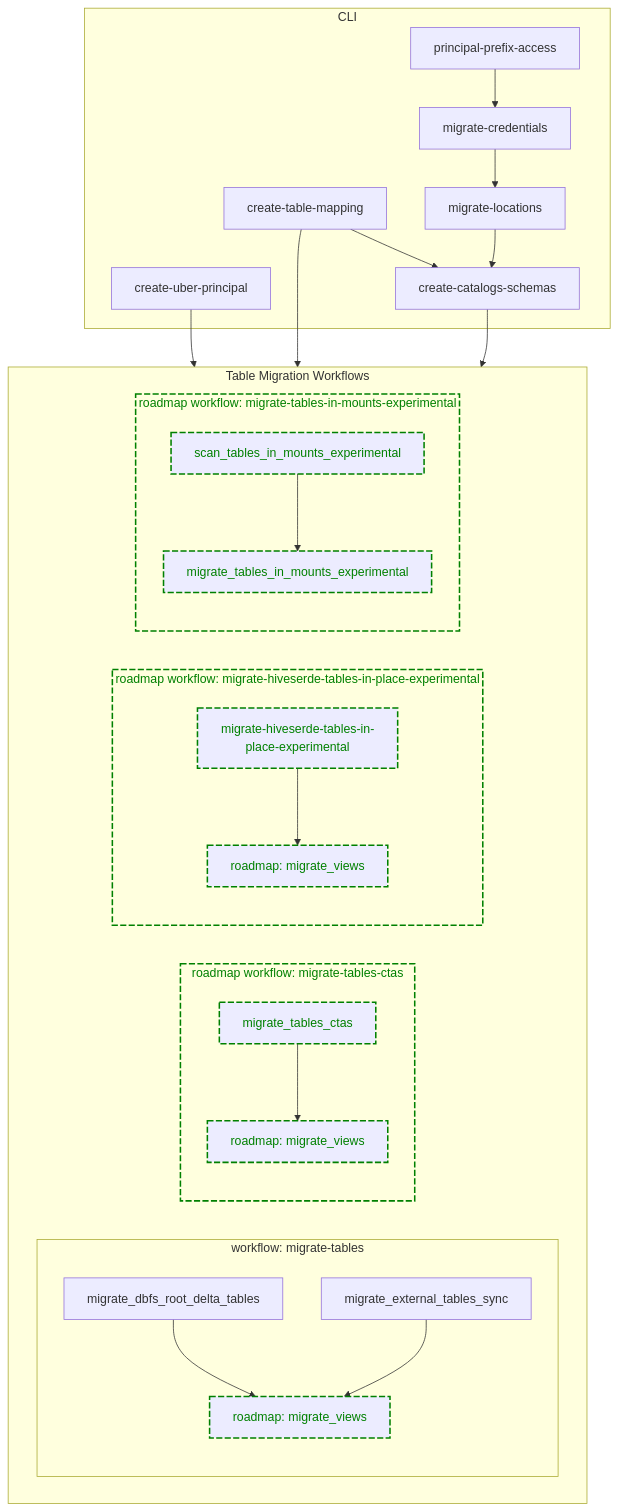
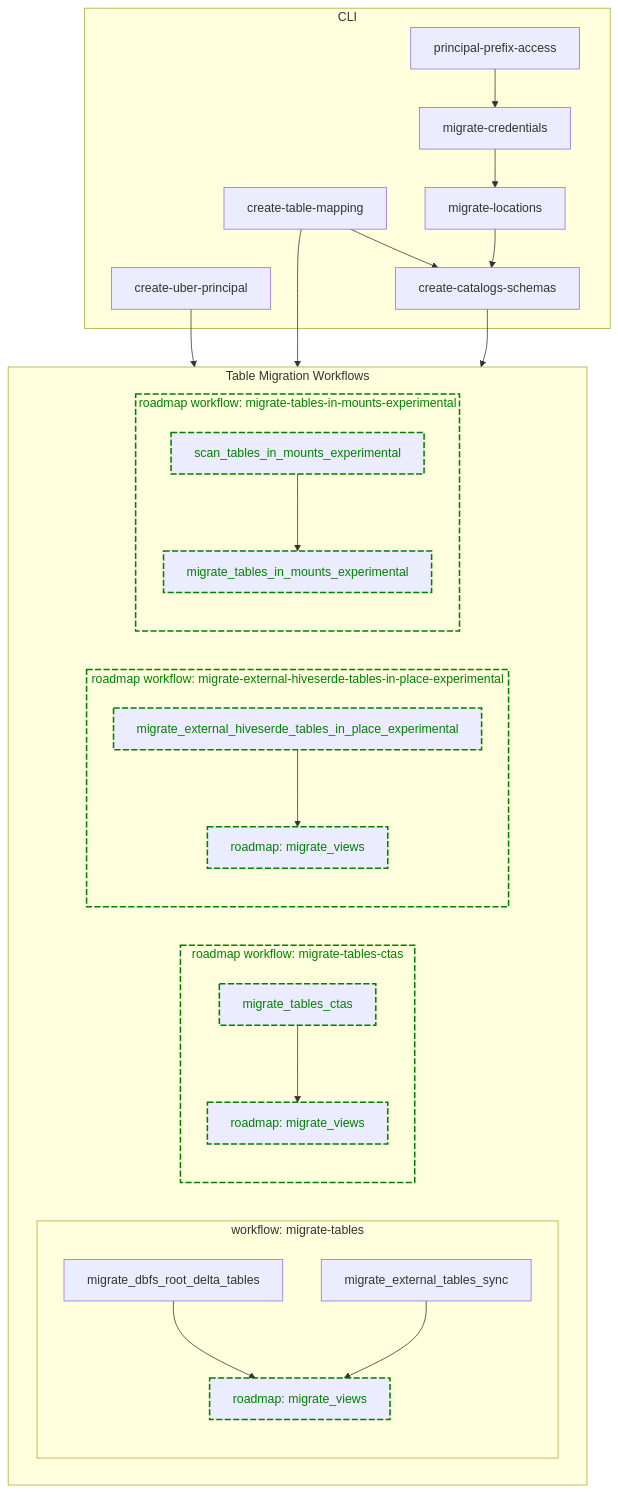
One commit to databrickslabs/ucx changed the second of 2 diagrams in README.md. Above: the diagram before and after it, drawn with Mermaid.

Commit message:
update node name

````diff
--- a/README.md
+++ b/README.md
@@ -353,43 +353,43 @@
 ```mermaid
 flowchart TB
     subgraph CLI
       create_table_mapping[create-table-mapping] --> create_catalogs_schemas[create-catalogs-schemas]
       create_uber_principal[create-uber-principal]
       principal_prefix_access[principal-prefix-access] --> migrate_credentials[migrate-credentials]
       migrate_credentials --> migrate_locations[migrate-locations]
       migrate_locations --> create_catalogs_schemas
     end
     
     create_uber_principal --> workflow
     create_table_mapping --> workflow
     create_catalogs_schemas --> workflow
     
     subgraph workflow[Table Migration Workflows]
       subgraph mt_workflow[workflow: migrate-tables]
         dbfs_root_delta_mt_task[migrate_dbfs_root_delta_tables]
         external_tables_sync_mt_task[migrate_external_tables_sync]
         view_mt_task[roadmap: migrate_views]
         dbfs_root_delta_mt_task --> view_mt_task
         external_tables_sync_mt_task --> view_mt_task
       end
       
       subgraph mt_ctas_wf[roadmap workflow: migrate-tables-ctas]
         ctas_mt_task[migrate_tables_ctas] --> view_mt_task_ctas[roadmap: migrate_views]
       end
   
-      subgraph mt_serde_inplace_wf[roadmap workflow: migrate-hiveserde-tables-in-place-experimental]
-        serde_inplace_mt_task[migrate-hiveserde-tables-in-place-experimental] --> view_mt_task_inplace[roadmap: migrate_views]
+      subgraph mt_serde_inplace_wf[roadmap workflow: migrate-external-hiveserde-tables-in-place-experimental]
+        serde_inplace_mt_task[migrate_external_hiveserde_tables_in_place_experimental] --> view_mt_task_inplace[roadmap: migrate_views]
       end
   
       subgraph mt_in_mounts_wf[roadmap workflow: migrate-tables-in-mounts-experimental]
         scan_tables_in_mounts_experimental_task[scan_tables_in_mounts_experimental] --> 
         migrate_tables_in_mounts_experimental[migrate_tables_in_mounts_experimental]
       end
     end
     
     classDef roadmap stroke:Green,stroke-width:2px,color:Green,stroke-dasharray: 8 3
     class view_mt_task roadmap;
     class mt_ctas_wf,ctas_mt_task,view_mt_task_ctas roadmap;
     class mt_serde_inplace_wf,serde_inplace_mt_task,view_mt_task_inplace roadmap;
     class mt_in_mounts_wf,scan_tables_in_mounts_experimental_task,migrate_tables_in_mounts_experimental roadmap;
 ```
````
